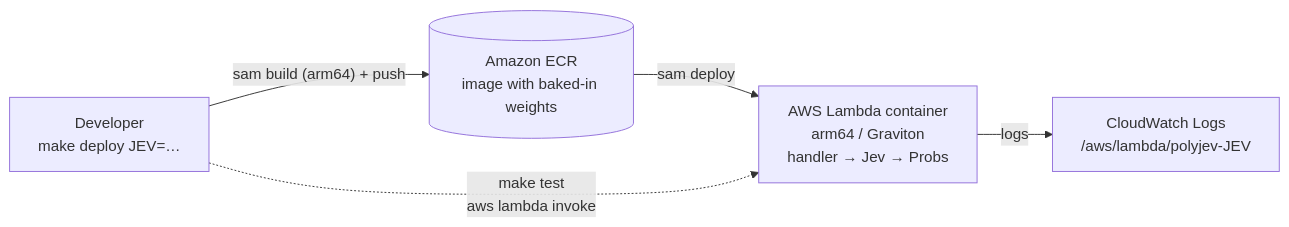
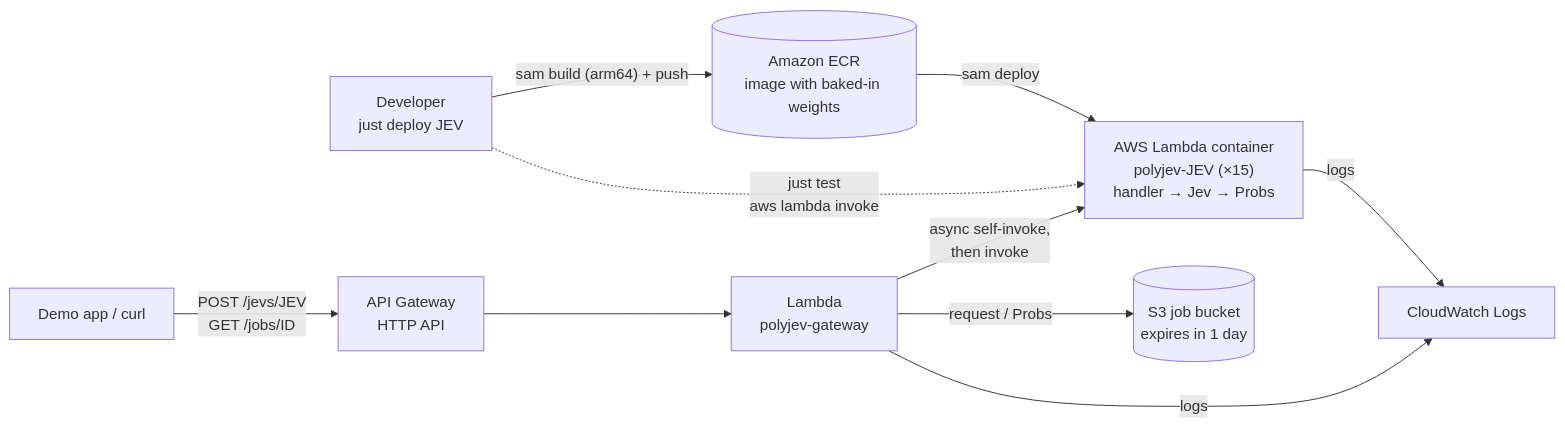
The diagram in README.md (JGalego/PolyJev), drawn with Mermaid before and after one commit. The commit also changed other lines of this file, not shown here.

First line of the commit message:
README: gateway, demo app, justfile, and sam local invoke

````diff
--- a/README.md
+++ b/README.md
@@ -68,7 +79,12 @@
 ```mermaid
 flowchart LR
-    dev["Developer<br/>make deploy JEV=…"] -- "sam build (arm64) + push" --> ecr[("Amazon ECR<br/>image with baked-in weights")]
-    ecr -- "sam deploy" --> fn["AWS Lambda container<br/>arm64 / Graviton<br/>handler → Jev → Probs"]
-    dev -. "make test<br/>aws lambda invoke" .-> fn
-    fn -- "logs" --> cw["CloudWatch Logs<br/>/aws/lambda/polyjev-JEV"]
+    dev["Developer<br/>just deploy JEV"] -- "sam build (arm64) + push" --> ecr[("Amazon ECR<br/>image with baked-in weights")]
+    ecr -- "sam deploy" --> fn["AWS Lambda container<br/>polyjev-JEV (×15)<br/>handler → Jev → Probs"]
+    dev -. "just test<br/>aws lambda invoke" .-> fn
+    app["Demo app / curl"] -- "POST /jevs/JEV<br/>GET /jobs/ID" --> api["API Gateway<br/>HTTP API"]
+    api --> router["Lambda<br/>polyjev-gateway"]
+    router -- "request / Probs" --> s3[("S3 job bucket<br/>expires in 1 day")]
+    router -- "async self-invoke,<br/>then invoke" --> fn
+    fn -- "logs" --> cw["CloudWatch Logs"]
+    router -- "logs" --> cw
 ```
````
